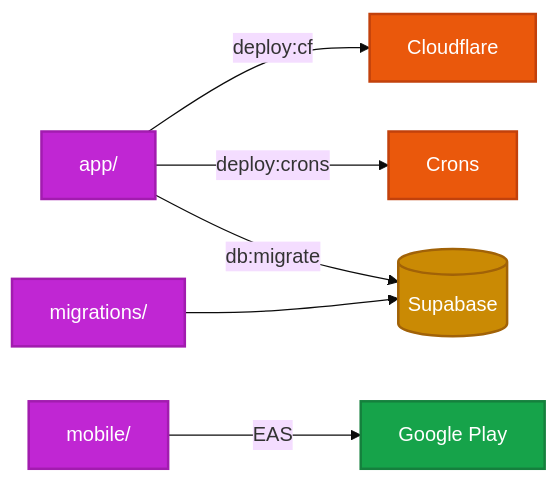
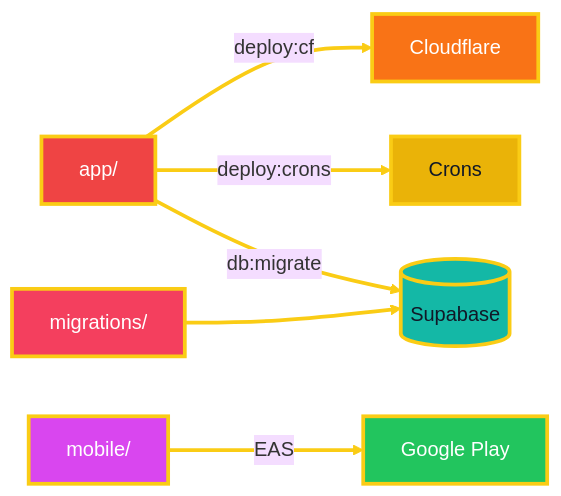
The fourth of 5 diagrams in README.md (KairoHenrique/CEFET-Academic-Planner), drawn with Mermaid before and after one commit. The commit also changed other lines of this file, not shown here.

Commit message:
docs: indice em 2 colunas e Mermaid com linhas amarelas no dark

````diff
--- a/README.md
+++ b/README.md
@@ -216,18 +240,26 @@
 ```mermaid
-%%{init: {"theme": "base", "flowchart": {"curve": "basis", "nodeSpacing": 40, "rankSpacing": 50}}}%%
+%%{init: {"theme": "base", "themeVariables": {"lineColor": "#FACC15"}, "flowchart": {"curve": "basis", "nodeSpacing": 44, "rankSpacing": 52}}}%%
 flowchart LR
   APP[app/] -->|deploy:cf| CF[Cloudflare]
   APP -->|deploy:crons| CRON[Crons]
   APP -->|db:migrate| DB[(Supabase)]
   MOB[mobile/] -->|EAS| PLAY[Google Play]
   SQL[migrations/] --> DB
 
-  classDef src fill:#C026D3,stroke:#A21CAF,color:#FFFFFF,stroke-width:2px
-  classDef dest fill:#EA580C,stroke:#C2410C,color:#FFFFFF,stroke-width:2px
-  classDef store fill:#16A34A,stroke:#15803D,color:#FFFFFF,stroke-width:2px
-  classDef db fill:#CA8A04,stroke:#A16207,color:#FFFFFF,stroke-width:2px
-  class APP,MOB,SQL src
-  class CF,CRON dest
-  class PLAY store
+  classDef app fill:#EF4444,stroke:#FACC15,color:#FFFFFF,stroke-width:3px
+  classDef mob fill:#D946EF,stroke:#FACC15,color:#FFFFFF,stroke-width:3px
+  classDef sql fill:#F43F5E,stroke:#FACC15,color:#FFFFFF,stroke-width:3px
+  classDef cf fill:#F97316,stroke:#FACC15,color:#FFFFFF,stroke-width:3px
+  classDef cron fill:#EAB308,stroke:#FACC15,color:#111827,stroke-width:3px
+  classDef play fill:#22C55E,stroke:#FACC15,color:#FFFFFF,stroke-width:3px
+  classDef db fill:#14B8A6,stroke:#FACC15,color:#111827,stroke-width:3px
+  class APP app
+  class MOB mob
+  class SQL sql
+  class CF cf
+  class CRON cron
+  class PLAY play
   class DB db
+
+  linkStyle default stroke:#FACC15,stroke-width:3px
 ```
````
